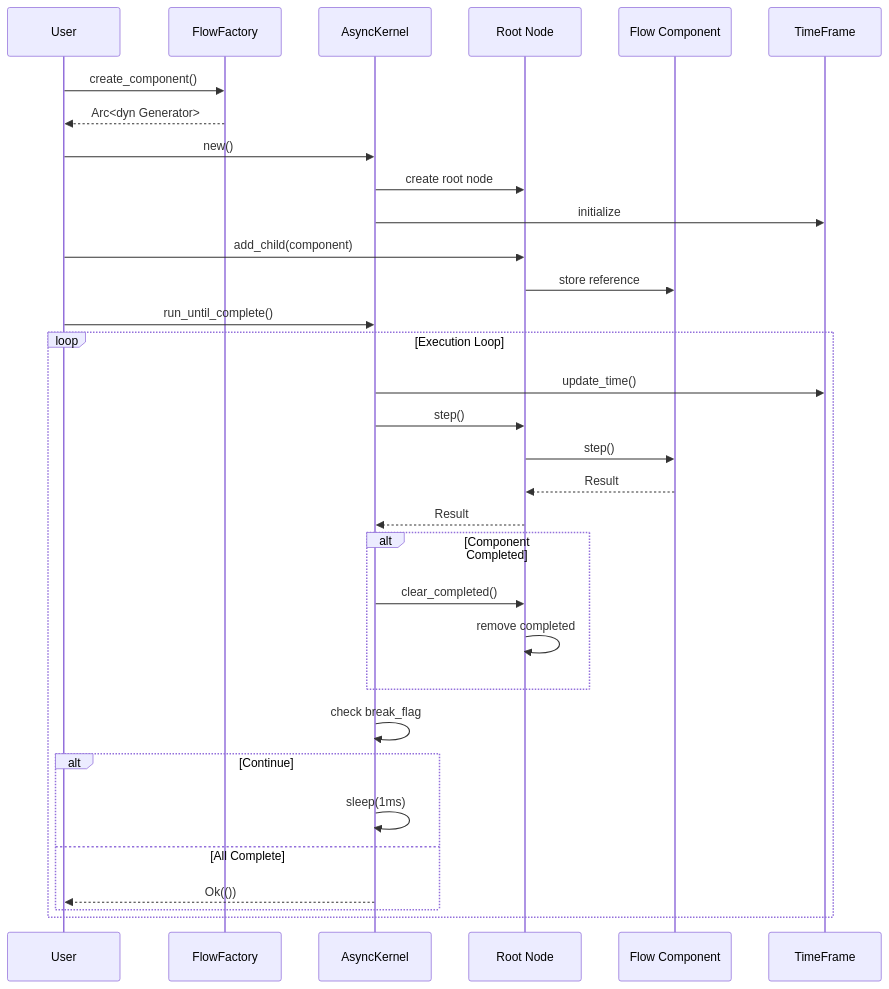
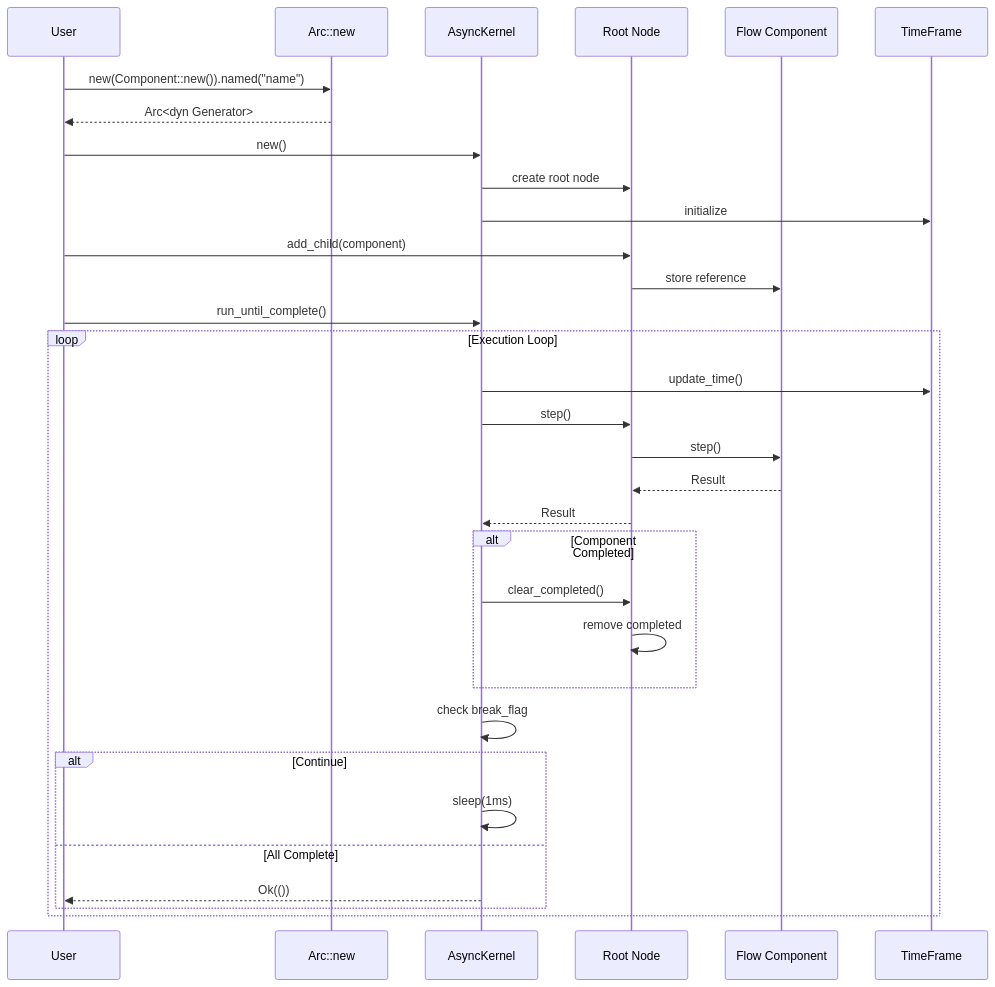
One commit to cschladetsch/RustAsyncFlow changed the third of 4 diagrams in src/README.md. Above: the diagram before and after it, drawn with Mermaid. The commit also changed other lines of this file and 92 other files, not shown here.

First line of the commit message:
Remove FlowFactory and implement fluent Named trait API

````diff
--- a/src/README.md
+++ b/src/README.md
@@ -117,42 +117,42 @@
 ```mermaid
 sequenceDiagram
     participant User
-    participant Factory as FlowFactory
+    participant Arc as Arc::new
     participant Kernel as AsyncKernel
     participant Root as Root Node
     participant Component as Flow Component
     participant TimeFrame
     
-    User->>Factory: create_component()
-    Factory-->>User: Arc<dyn Generator>
+    User->>Arc: new(Component::new()).named("name")
+    Arc-->>User: Arc<dyn Generator>
     
     User->>Kernel: new()
     Kernel->>Root: create root node
     Kernel->>TimeFrame: initialize
     
     User->>Root: add_child(component)
     Root->>Component: store reference
     
     User->>Kernel: run_until_complete()
     
     loop Execution Loop
         Kernel->>TimeFrame: update_time()
         Kernel->>Root: step()
         Root->>Component: step()
         Component-->>Root: Result
         Root-->>Kernel: Result
         
         alt Component Completed
             Kernel->>Root: clear_completed()
             Root->>Root: remove completed
         end
         
         Kernel->>Kernel: check break_flag
         
         alt Continue
             Kernel->>Kernel: sleep(1ms)
         else All Complete
             Kernel-->>User: Ok(())
         end
     end
 ```
````
